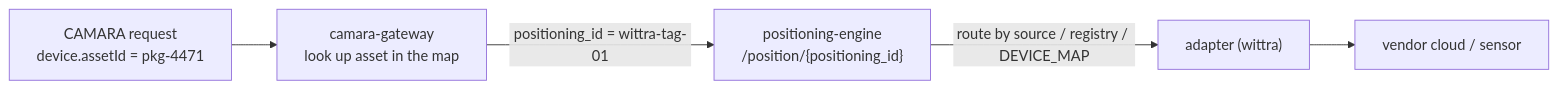
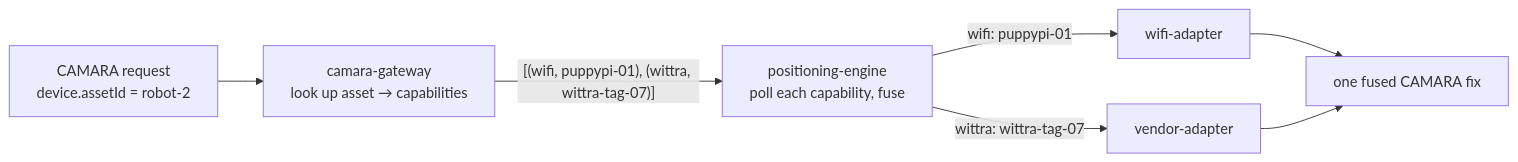
One commit to Jacobbista/5g-northbound changed the first of 2 diagrams in docs/asset-registry.md. Above: the diagram before and after it, drawn with Mermaid. The commit also changed other lines of this file and 6 other files, not shown here.

First line of the commit message:
spec: formalize the asset as a multi-capability entity

````diff
--- a/docs/asset-registry.md
+++ b/docs/asset-registry.md
@@ -57,7 +87,9 @@
 ```mermaid
 flowchart LR
-    A["CAMARA request<br/>device.assetId = pkg-4471"] --> G["camara-gateway<br/>look up asset in the map"]
-    G -->|positioning_id = wittra-tag-01| E["positioning-engine<br/>/position/{positioning_id}"]
-    E -->|route by source / registry / DEVICE_MAP| AD["adapter (wittra)"]
-    AD --> V["vendor cloud / sensor"]
+    A["CAMARA request<br/>device.assetId = robot-2"] --> G["camara-gateway<br/>look up asset → capabilities"]
+    G -->|"[(wifi, puppypi-01), (wittra, wittra-tag-07)]"| E["positioning-engine<br/>poll each capability, fuse"]
+    E -->|wifi: puppypi-01| AW["wifi-adapter"]
+    E -->|wittra: wittra-tag-07| AV["vendor-adapter"]
+    AW --> F["one fused CAMARA fix"]
+    AV --> F
 ```
````
